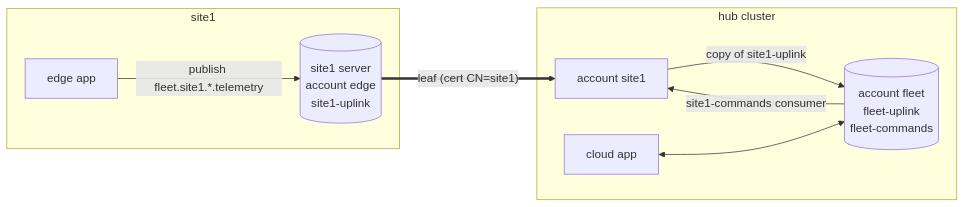
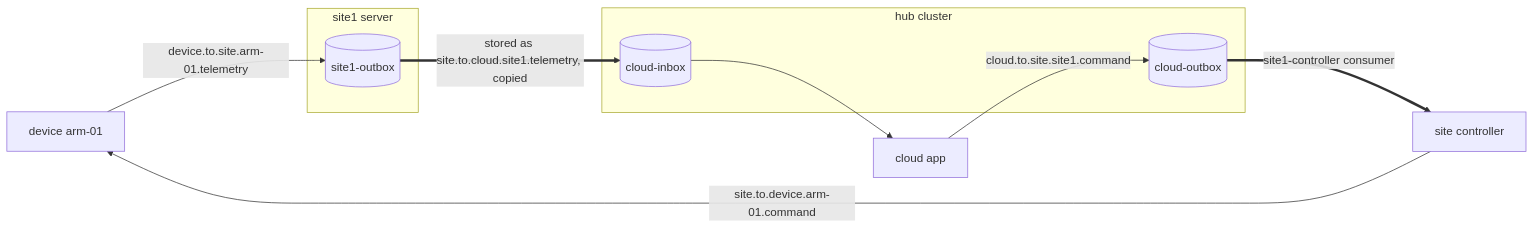
Before and after one commit to jinternals/nats-demo: the first of 3 diagrams in docs/guide.md, drawn with Mermaid. The commit also changed other lines of this file and 22 other files, not shown here.

````diff
--- a/docs/guide.md
+++ b/docs/guide.md
@@ -32,17 +31,19 @@
 ```mermaid
 flowchart LR
-  subgraph site1
-    edge1["edge app"]
-    s1[("site1 server<br/>account edge<br/>site1-uplink")]
+  dev["device arm-01"]
+  ctl["site controller"]
+  subgraph site1["site1 server"]
+    out[("site1-outbox")]
   end
   subgraph cloud["hub cluster"]
-    a1["account site1"]
-    f[("account fleet<br/>fleet-uplink<br/>fleet-commands")]
-    capp["cloud app"]
+    inbox[("cloud-inbox")]
+    outbox[("cloud-outbox")]
   end
-  edge1 -- "publish fleet.site1.*.telemetry" --> s1
-  s1 == "leaf (cert CN=site1)" ==> a1
-  a1 -- "copy of site1-uplink" --> f
-  f -- "site1-commands consumer" --> a1
-  capp <--> f
+  capp["cloud app"]
+  dev -- "device.to.site.arm-01.telemetry" --> out
+  out == "stored as site.to.cloud.site1.telemetry, copied" ==> inbox
+  inbox --> capp
+  capp -- "cloud.to.site.site1.command" --> outbox
+  outbox == "site1-controller consumer" ==> ctl
+  ctl -- "site.to.device.arm-01.command" --> dev
 ```
````
